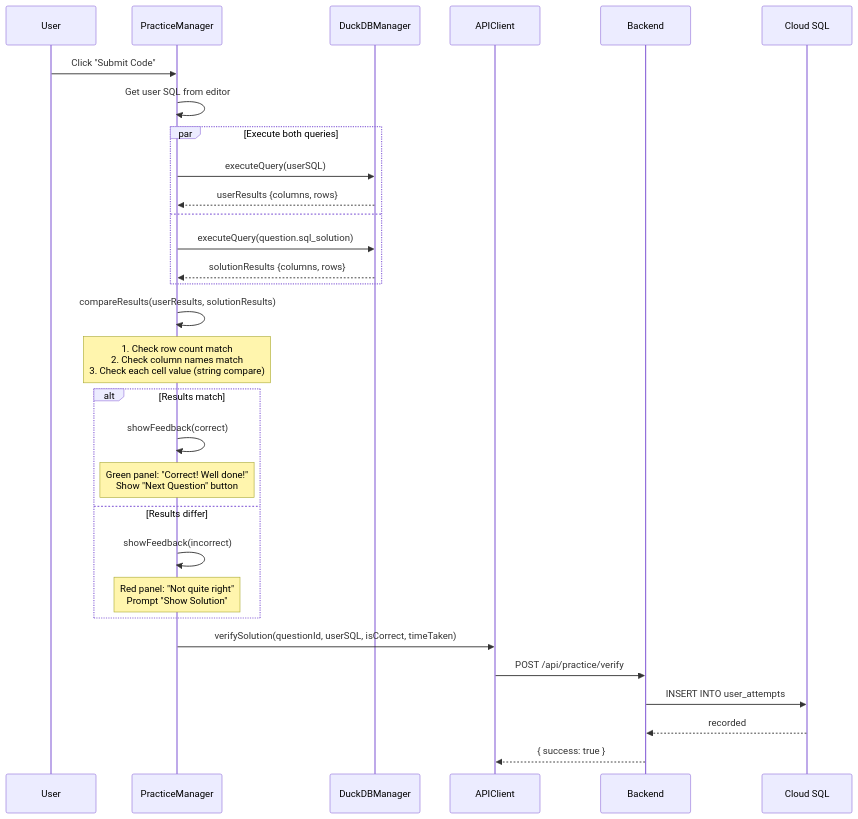
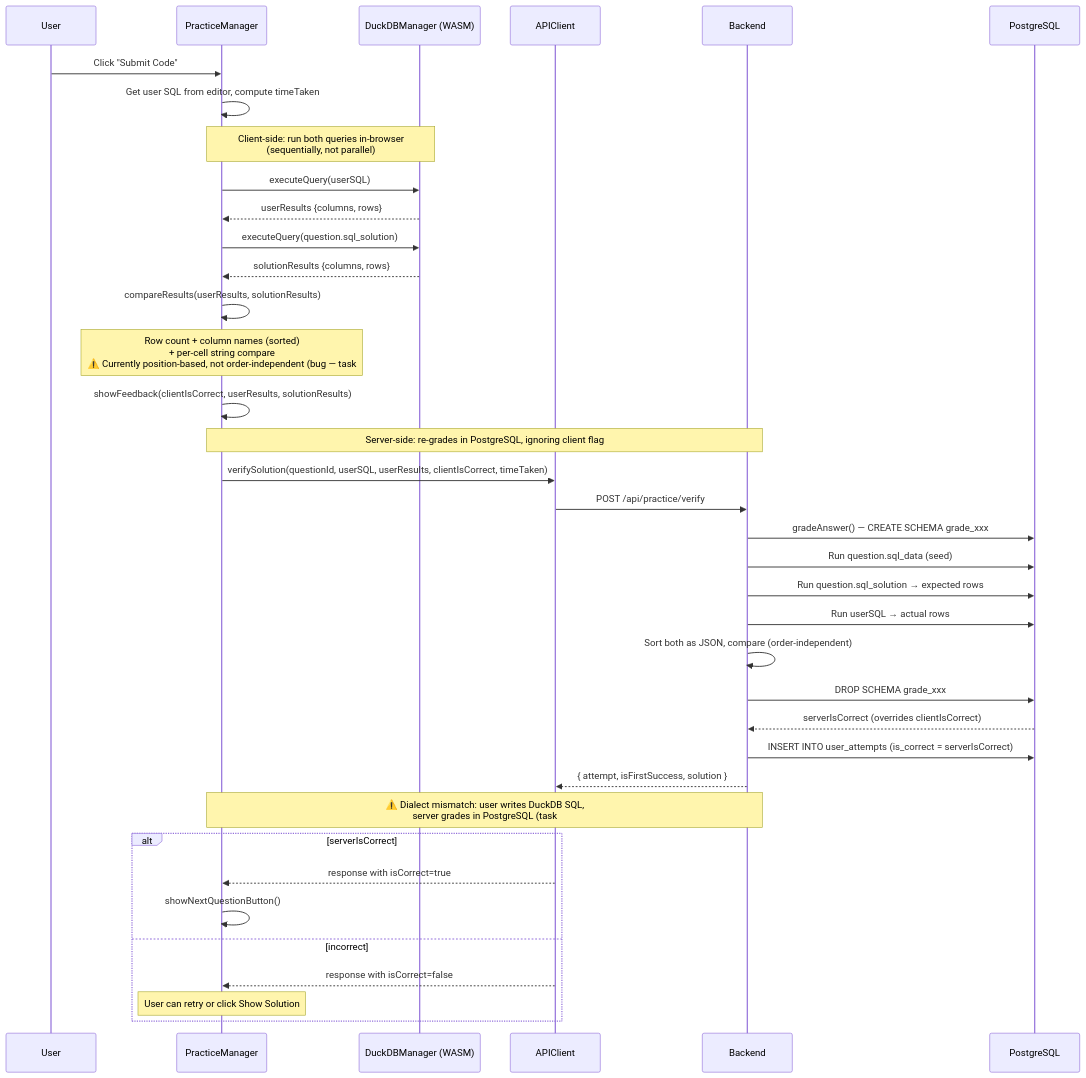
One commit to prateekpanjla-outlook/duckdb-wasm-ide changed the fifth of 7 diagrams in docs/sequence-diagram.md. Above: the diagram before and after it, drawn with Mermaid. The commit also changed other lines of this file, not shown here.

First line of the commit message:
docs: align sequence diagrams with current code

````diff
--- a/docs/sequence-diagram.md
+++ b/docs/sequence-diagram.md
@@ -151,37 +162,45 @@
 ```mermaid
 sequenceDiagram
     participant U as User
     participant PM as PracticeManager
-    participant DM as DuckDBManager
+    participant DM as DuckDBManager (WASM)
     participant API as APIClient
     participant BE as Backend
-    participant DB as Cloud SQL
+    participant PG as PostgreSQL
 
     U->>PM: Click "Submit Code"
-    PM->>PM: Get user SQL from editor
+    PM->>PM: Get user SQL from editor, compute timeTaken
 
-    par Execute both queries
-        PM->>DM: executeQuery(userSQL)
-        DM-->>PM: userResults {columns, rows}
-    and
-        PM->>DM: executeQuery(question.sql_solution)
-        DM-->>PM: solutionResults {columns, rows}
-    end
+    Note over PM,DM: Client-side: run both queries in-browser<br/>(sequentially, not parallel)
+    PM->>DM: executeQuery(userSQL)
+    DM-->>PM: userResults {columns, rows}
+    PM->>DM: executeQuery(question.sql_solution)
+    DM-->>PM: solutionResults {columns, rows}
 
     PM->>PM: compareResults(userResults, solutionResults)
-    Note over PM: 1. Check row count match<br/>2. Check column names match<br/>3. Check each cell value (string compare)
+    Note over PM: Row count + column names (sorted)<br/>+ per-cell string compare<br/>⚠️ Currently position-based, not order-independent (bug — task #71)
+    PM->>PM: showFeedback(clientIsCorrect, userResults, solutionResults)
 
-    alt Results match
-        PM->>PM: showFeedback(correct)
-        Note over PM: Green panel: "Correct! Well done!"<br/>Show "Next Question" button
-    else Results differ
-        PM->>PM: showFeedback(incorrect)
-        Note over PM: Red panel: "Not quite right"<br/>Prompt "Show Solution"
+    Note over PM,BE: Server-side: re-grades in PostgreSQL, ignoring client flag
+    PM->>API: verifySolution(questionId, userSQL, userResults, clientIsCorrect, timeTaken)
+    API->>BE: POST /api/practice/verify
+    BE->>PG: gradeAnswer() — CREATE SCHEMA grade_xxx
+    BE->>PG: Run question.sql_data (seed)
+    BE->>PG: Run question.sql_solution → expected rows
+    BE->>PG: Run userSQL → actual rows
+    BE->>BE: Sort both as JSON, compare (order-independent)
+    BE->>PG: DROP SCHEMA grade_xxx
+    PG-->>BE: serverIsCorrect (overrides clientIsCorrect)
+    BE->>PG: INSERT INTO user_attempts (is_correct = serverIsCorrect)
+    BE-->>API: { attempt, isFirstSuccess, solution }
+
+    Note over PM,BE: ⚠️ Dialect mismatch: user writes DuckDB SQL,<br/>server grades in PostgreSQL (task #71 removes this)
+
+    alt serverIsCorrect
+        API-->>PM: response with isCorrect=true
+        PM->>PM: showNextQuestionButton()
+    else incorrect
+        API-->>PM: response with isCorrect=false
+        Note over PM: User can retry or click Show Solution
     end
-
-    PM->>API: verifySolution(questionId, userSQL, isCorrect, timeTaken)
-    API->>BE: POST /api/practice/verify
-    BE->>DB: INSERT INTO user_attempts
-    DB-->>BE: recorded
-    BE-->>API: { success: true }
 ```
````
